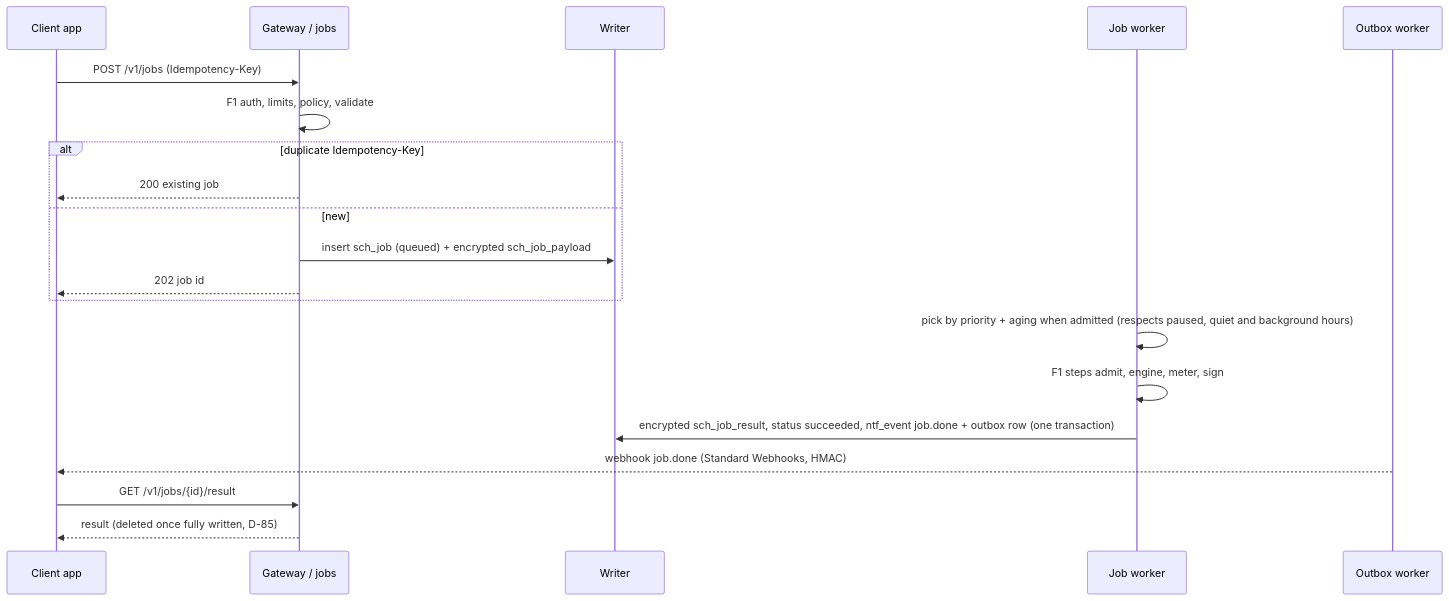
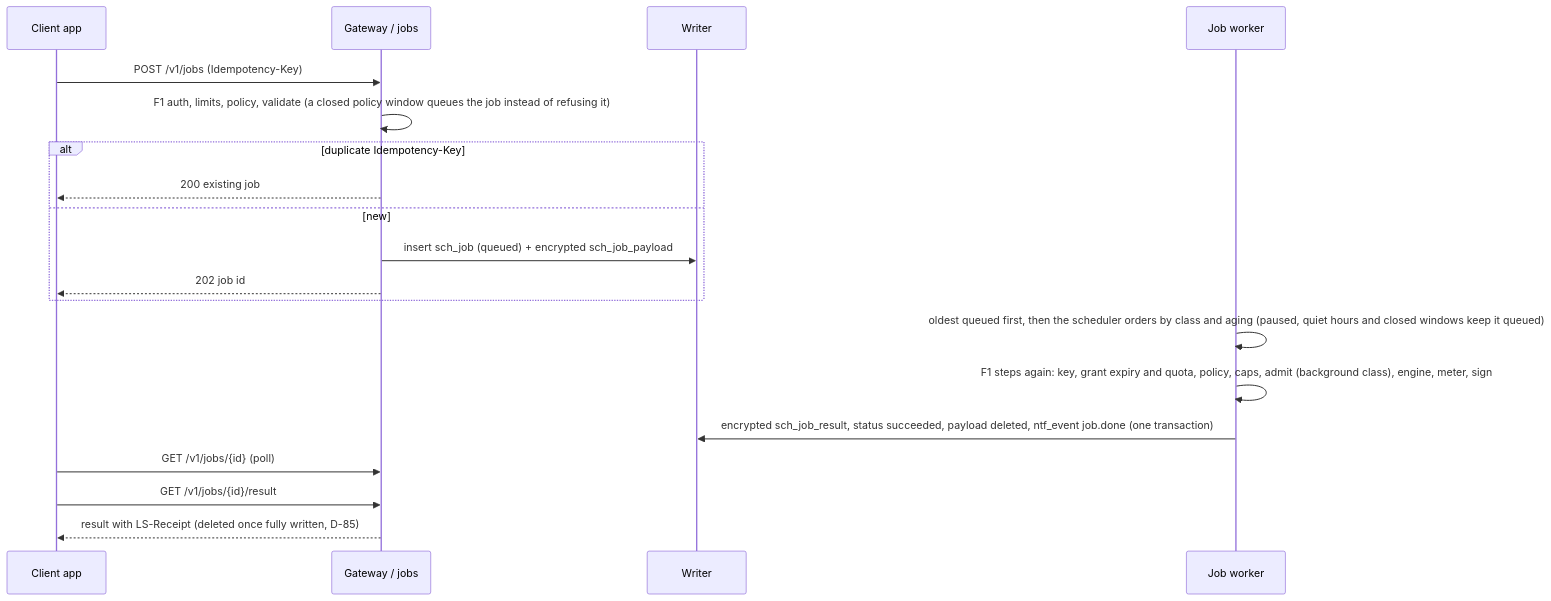
The sixth of 10 diagrams in docs/design_docs/lld.md (inCoderKaka/local-server), drawn with Mermaid before and after one commit. The commit also changed other lines of this file, not shown here.

````diff
--- a/docs/design_docs/lld.md
+++ b/docs/design_docs/lld.md
@@ -305,22 +380,21 @@
 ```mermaid
 sequenceDiagram
   participant C as Client app
   participant G as Gateway / jobs
   participant W as Writer
   participant K as Job worker
-  participant O as Outbox worker
   C->>G: POST /v1/jobs (Idempotency-Key)
-  G->>G: F1 auth, limits, policy, validate
+  G->>G: F1 auth, limits, policy, validate (a closed policy window queues the job instead of refusing it)
   alt duplicate Idempotency-Key
     G-->>C: 200 existing job
   else new
     G->>W: insert sch_job (queued) + encrypted sch_job_payload
     G-->>C: 202 job id
   end
-  K->>K: pick by priority + aging when admitted (respects paused, quiet and background hours)
-  K->>K: F1 steps admit, engine, meter, sign
-  K->>W: encrypted sch_job_result, status succeeded, ntf_event job.done + outbox row (one transaction)
-  O-->>C: webhook job.done (Standard Webhooks, HMAC)
+  K->>K: oldest queued first, then the scheduler orders by class and aging (paused, quiet hours and closed windows keep it queued)
+  K->>K: F1 steps again: key, grant expiry and quota, policy, caps, admit (background class), engine, meter, sign
+  K->>W: encrypted sch_job_result, status succeeded, payload deleted, ntf_event job.done (one transaction)
+  C->>G: GET /v1/jobs/{id} (poll)
   C->>G: GET /v1/jobs/{id}/result
-  G-->>C: result (deleted once fully written, D-85)
+  G-->>C: result with LS-Receipt (deleted once fully written, D-85)
 ```
````
